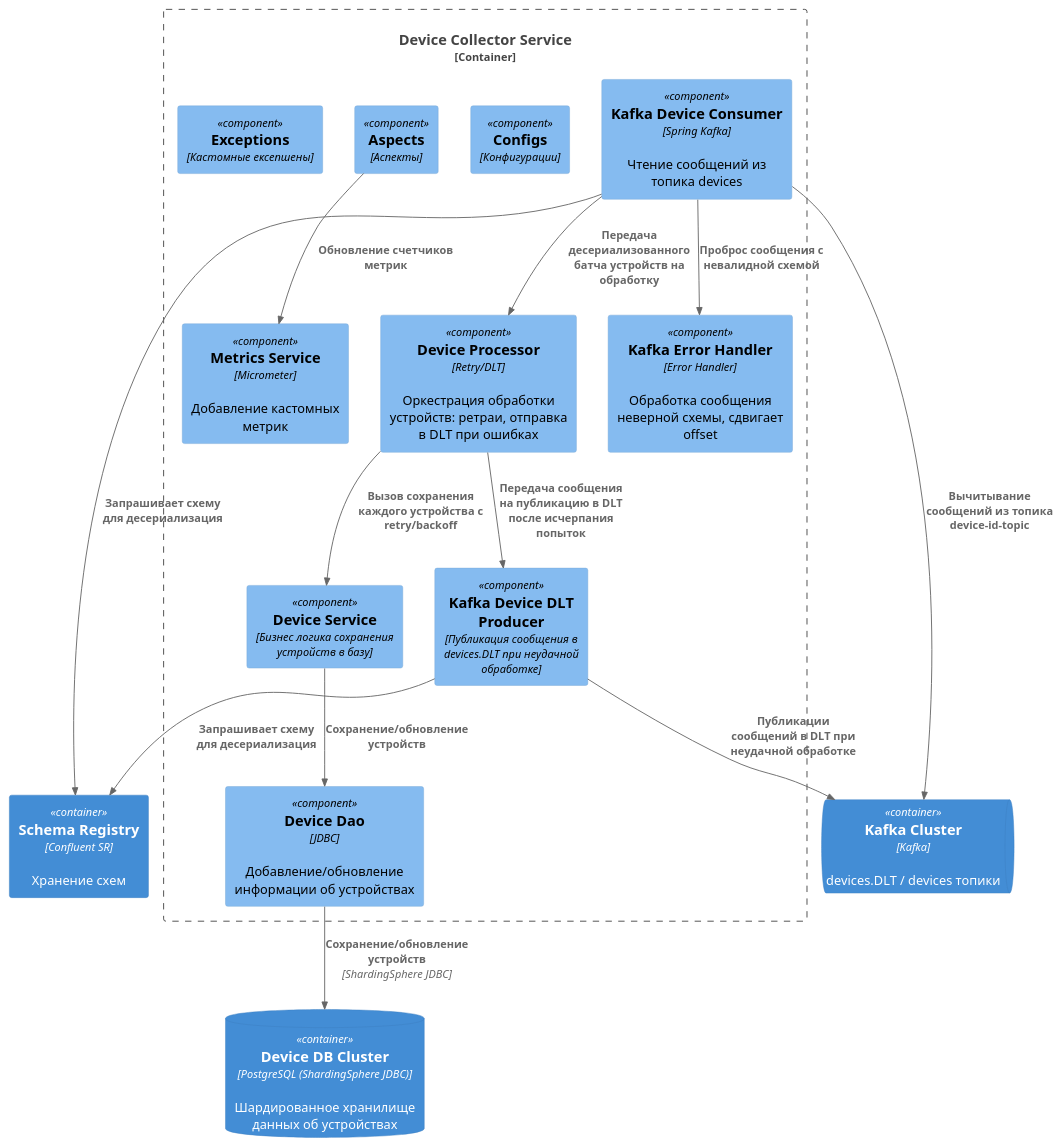
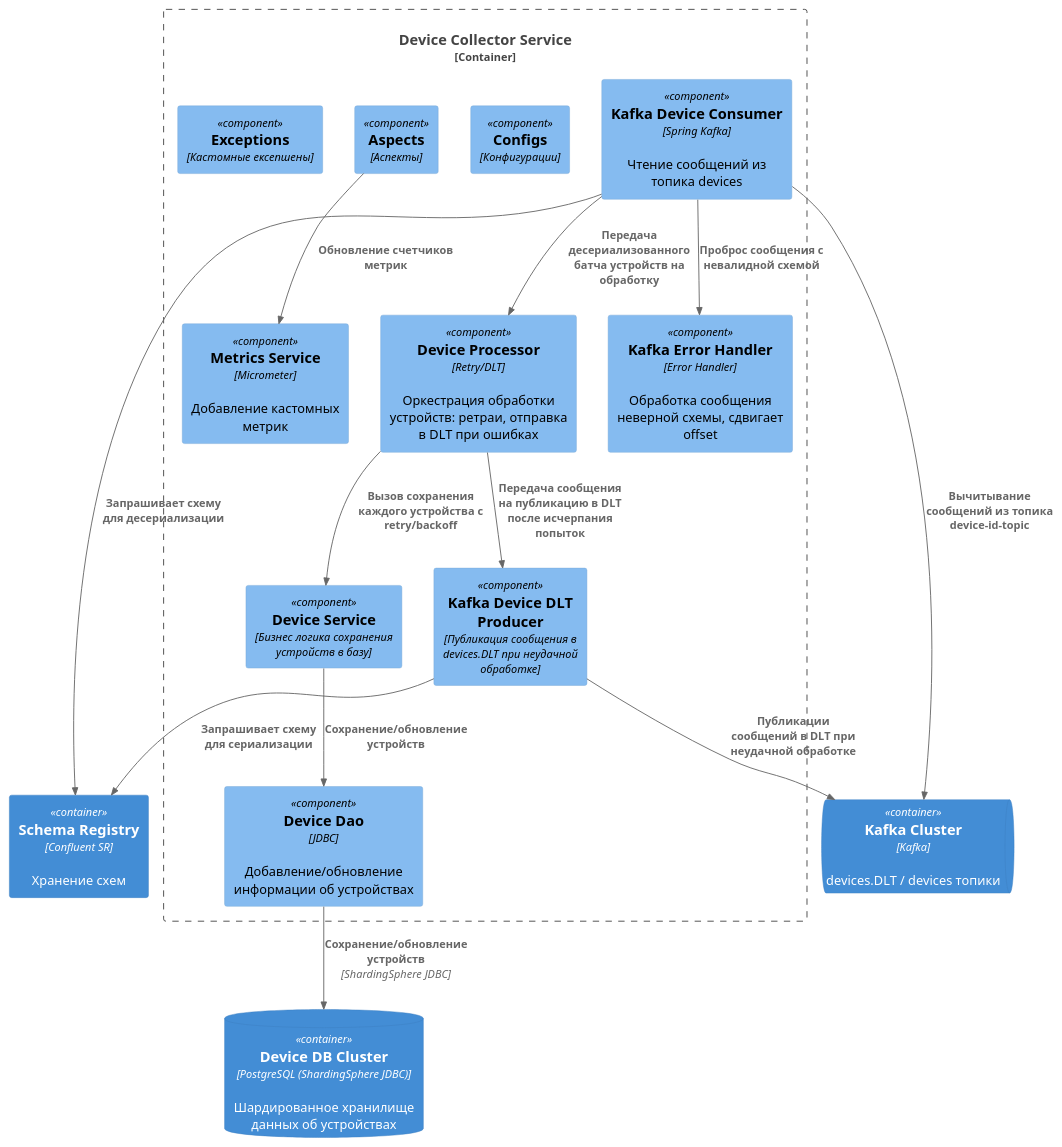
Before and after one commit to SinglePlayer56/iot: the diagram in device-collector/diagrams/component.puml, drawn with PlantUML. The commit also changed 1 other file, not shown here.

Commit message:
Update device-collector diagram. Add component diagram for device-service.

```diff
--- a/device-collector/diagrams/component.puml
+++ b/device-collector/diagrams/component.puml
@@ -1,34 +1,34 @@
 @startuml
 !includeurl https://raw.githubusercontent.com/plantuml-stdlib/C4-PlantUML/master/C4_Component.puml
 
 Container_Boundary(device_collector_service, "Device Collector Service") {
     Component(device_processor, "Device Processor", "Retry/DLT", "Оркестрация обработки устройств: ретраи, отправка в DLT при ошибках")
     Component(device_service, "Device Service", "Бизнес логика сохранения устройств в базу")
     Component(device_repo, "Device Dao", "JDBC", "Добавление/обновление информации об устройствах")
     Component(kafka_device_consumer, "Kafka Device Consumer", "Spring Kafka", "Чтение сообщений из топика devices")
     Component(metrics_service, "Metrics Service", "Micrometer", "Добавление кастомных метрик")
     Component(configs, "Configs", "Конфигурации")
     Component(aspects, "Aspects", "Аспекты")
     Component(exceptions, "Exceptions", "Кастомные ексепшены")
     Component(kafka_device_dlt_producer, "Kafka Device DLT Producer", "Публикация сообщения в devices.DLT при неудачной обработке")
     Component(kafka_error_handler, "Kafka Error Handler", "Error Handler", "Обработка сообщения неверной схемы, сдвигает offset")
 
     Rel(aspects, metrics_service, "Обновление счетчиков метрик")
     Rel(device_service, device_repo, "Сохранение/обновление устройств")
     Rel(kafka_device_consumer, device_processor, "Передача десериализованного батча устройств на обработку")
     Rel(kafka_device_consumer, kafka_error_handler, "Проброс сообщения с невалидной схемой")
     Rel(device_processor, device_service, "Вызов сохранения каждого устройства с retry/backoff")
     Rel(device_processor, kafka_device_dlt_producer, "Передача сообщения на публикацию в DLT после исчерпания попыток")
 }
 
 ContainerDb(device_collector_data, "Device DB Cluster", "PostgreSQL (ShardingSphere JDBC)", "Шардированное хранилище данных об устройствах")
 ContainerQueue(kafka, "Kafka Cluster", "Kafka", "devices.DLT / devices топики")
 Container(schema_registry, "Schema Registry", "Confluent SR", "Хранение схем")
 
-Rel(kafka_device_consumer, schema_registry, "Запрашивает схему для десериализация")
-Rel(kafka_device_dlt_producer, schema_registry, "Запрашивает схему для десериализация")
+Rel(kafka_device_consumer, schema_registry, "Запрашивает схему для десериализации")
+Rel(kafka_device_dlt_producer, schema_registry, "Запрашивает схему для сериализации")
 Rel(kafka_device_consumer, kafka, "Вычитывание сообщений из топика device-id-topic")
 Rel(kafka_device_dlt_producer, kafka, "Публикации сообщений в DLT при неудачной обработке")
 Rel(device_repo,device_collector_data, "Сохранение/обновление устройств", "ShardingSphere JDBC")
 
 @enduml
```
